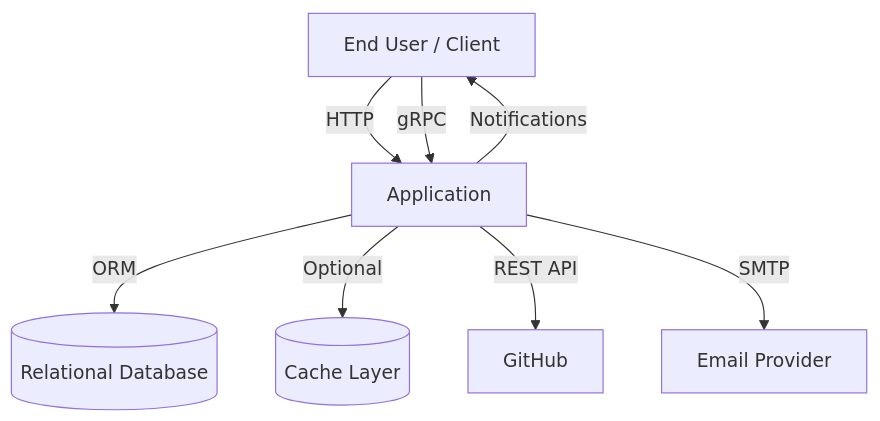
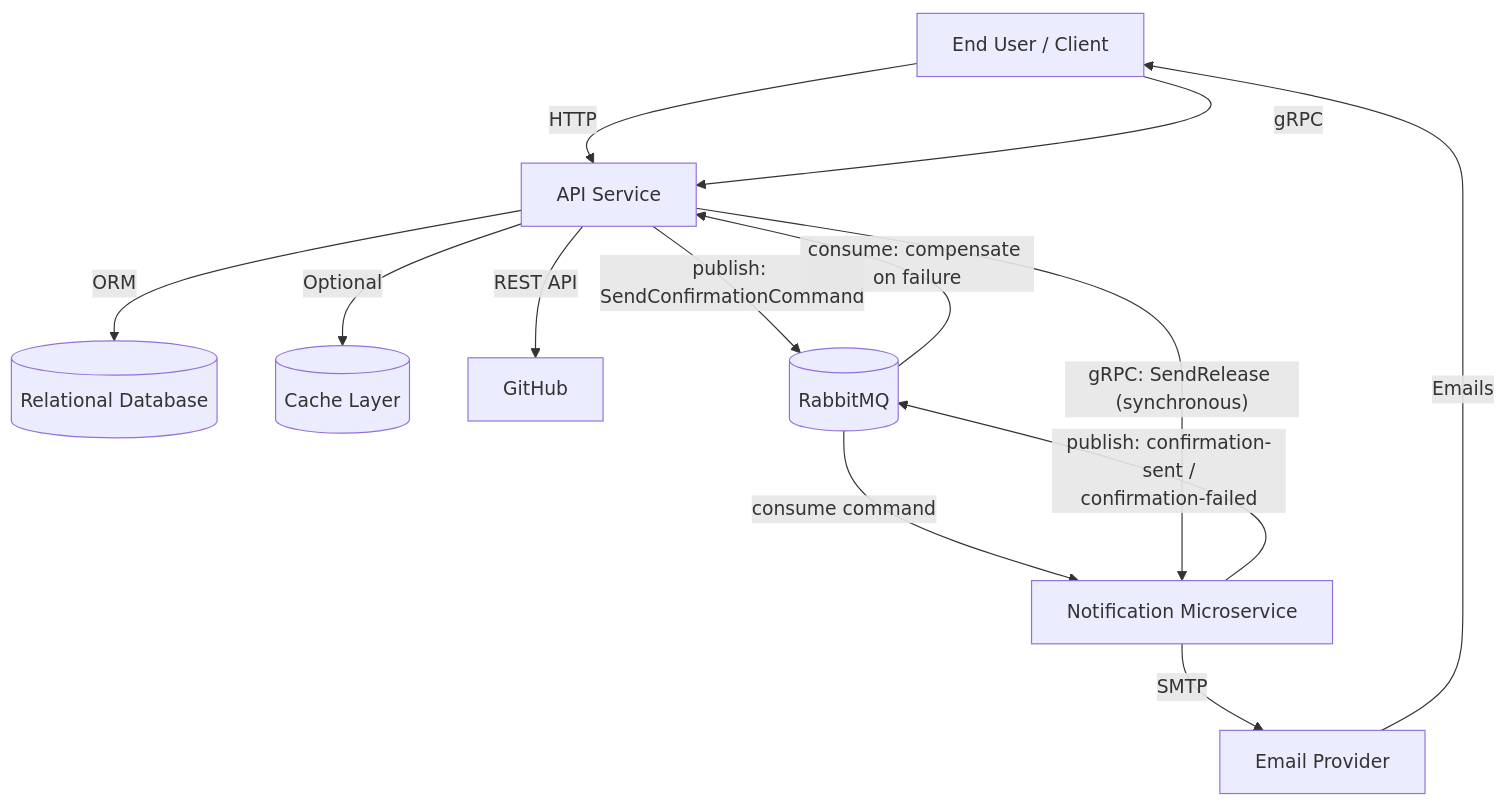
The first of 3 diagrams in docs/system-design.md (GenesisEducationKyiv/software-engineering-school-6-0-RandomIv), drawn with Mermaid before and after one commit. The commit also changed other lines of this file and 10 other files, not shown here.

First line of the commit message:
HW10: Application Architecture (#12)

````diff
--- a/docs/system-design.md
+++ b/docs/system-design.md
@@ -62,12 +68,19 @@
 ```mermaid
 graph TD
-    U[End User / Client] -->|HTTP| APP[Application]
-    U -->|gRPC| APP
+    U[End User / Client] -->|HTTP| API[API Service]
+    U -->|gRPC| API
 
-    APP -->|ORM| DB[(Relational Database)]
-    APP -->|Optional| CACHE[(Cache Layer)]
-    APP -->|REST API| GH[GitHub]
-    APP -->|SMTP| EMAIL[Email Provider]
+    API -->|ORM| DB[(Relational Database)]
+    API -->|Optional| CACHE[(Cache Layer)]
+    API -->|REST API| GH[GitHub]
 
-    APP -->|Notifications| U
+    API -->|"publish: SendConfirmationCommand"| MQ[(RabbitMQ)]
+    MQ -->|consume command| NOTIF[Notification Microservice]
+    NOTIF -->|"publish: confirmation-sent /<br/>confirmation-failed"| MQ
+    MQ -->|consume: compensate on failure| API
+
+    API -->|"gRPC: SendRelease (synchronous)"| NOTIF
+
+    NOTIF -->|SMTP| EMAIL[Email Provider]
+    EMAIL -->|Emails| U
 ```
````
